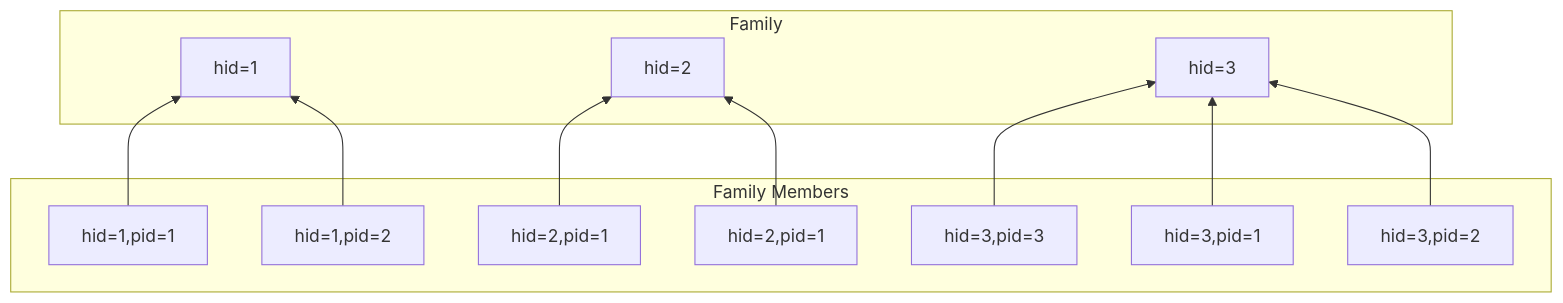
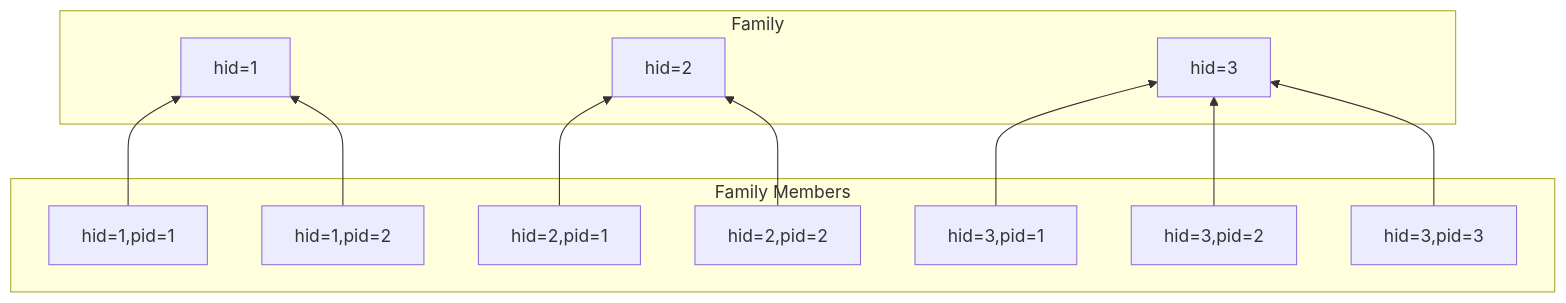
Before and after one commit to friosavila/friosavila.github.io: the third of 5 diagrams in chatgpt/merge_04_20_2023/index.qmd, drawn with Mermaid. The commit also changed 5 other files, not shown here.

````diff
--- a/chatgpt/merge_04_20_2023/index.qmd
+++ b/chatgpt/merge_04_20_2023/index.qmd
@@ -89,25 +89,25 @@
 ```{mermaid}
 flowchart BT
     subgraph members ["Family Members"]
     db1-1["hid=1,pid=1"]
     db1-2["hid=1,pid=2"]
     db1-3["hid=2,pid=1"]
-    db1-4["hid=2,pid=1"]
-    db1-5["hid=3,pid=3"]
-    db1-6["hid=3,pid=1"]
-    db1-7["hid=3,pid=2"]
+    db1-4["hid=2,pid=2"]
+    db1-5["hid=3,pid=1"]
+    db1-6["hid=3,pid=2"]
+    db1-7["hid=3,pid=3"]
     end
     subgraph Family
     db2-1["hid=1"]
     db2-2["hid=2"]
     db2-3["hid=3"]
     end
     
     db1-1-->db2-1
     db1-2-->db2-1
     db1-3-->db2-2
     db1-4-->db2-2
     db1-5-->db2-3
     db1-6-->db2-3
     db1-7-->db2-3
 ```
````
